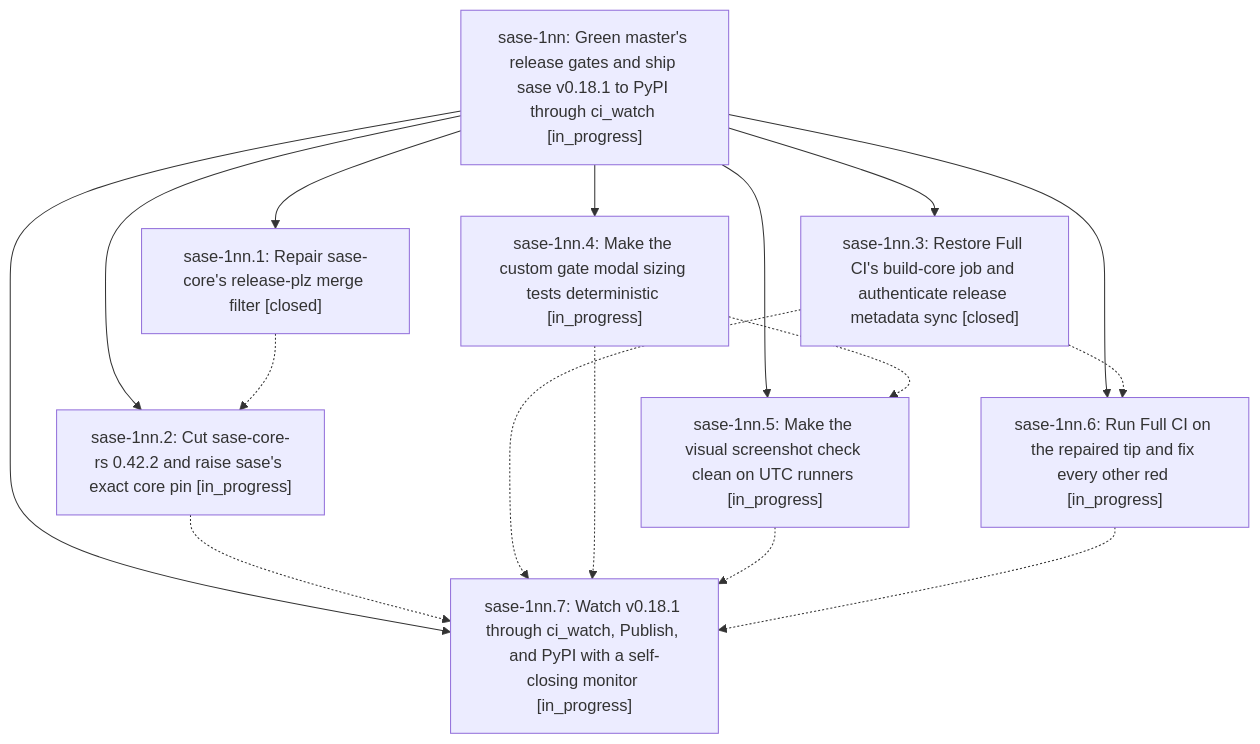
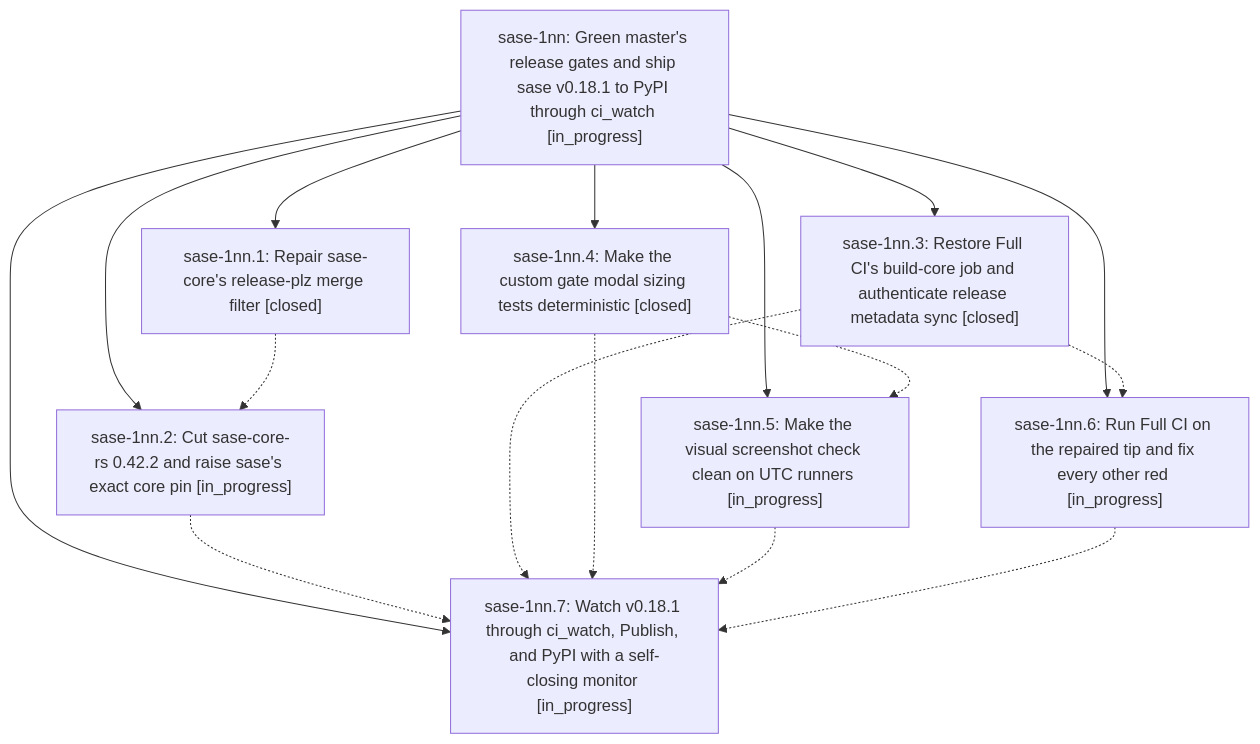
The diagram in pages/sase-1nn/README.md (sase-org/sase--beads), drawn with Mermaid before and after one commit. The commit also changed other lines of this file and 3 other files, not shown here.

````diff
--- a/pages/sase-1nn/README.md
+++ b/pages/sase-1nn/README.md
@@ -42,26 +42,26 @@
 ```mermaid
 flowchart TD
     n0["sase-1nn: Green master's release gates and ship sase v0.18.1 to PyPI through ci_watch [in_progress]"]
     n1["sase-1nn.1: Repair sase-core's release-plz merge filter [closed]"]
     n2["sase-1nn.2: Cut sase-core-rs 0.42.2 and raise sase's exact core pin [in_progress]"]
     n3["sase-1nn.3: Restore Full CI's build-core job and authenticate release metadata sync [closed]"]
-    n4["sase-1nn.4: Make the custom gate modal sizing tests deterministic [in_progress]"]
+    n4["sase-1nn.4: Make the custom gate modal sizing tests deterministic [closed]"]
     n5["sase-1nn.5: Make the visual screenshot check clean on UTC runners [in_progress]"]
     n6["sase-1nn.6: Run Full CI on the repaired tip and fix every other red [in_progress]"]
     n7["sase-1nn.7: Watch v0.18.1 through ci_watch, Publish, and PyPI with a self-closing monitor [in_progress]"]
     n0 --> n1
     n0 --> n2
     n0 --> n3
     n0 --> n4
     n0 --> n5
     n0 --> n6
     n0 --> n7
     n1 -.-> n2
     n2 -.-> n7
     n3 -.-> n6
     n3 -.-> n7
     n4 -.-> n5
     n4 -.-> n7
     n5 -.-> n7
     n6 -.-> n7
 ```
````
